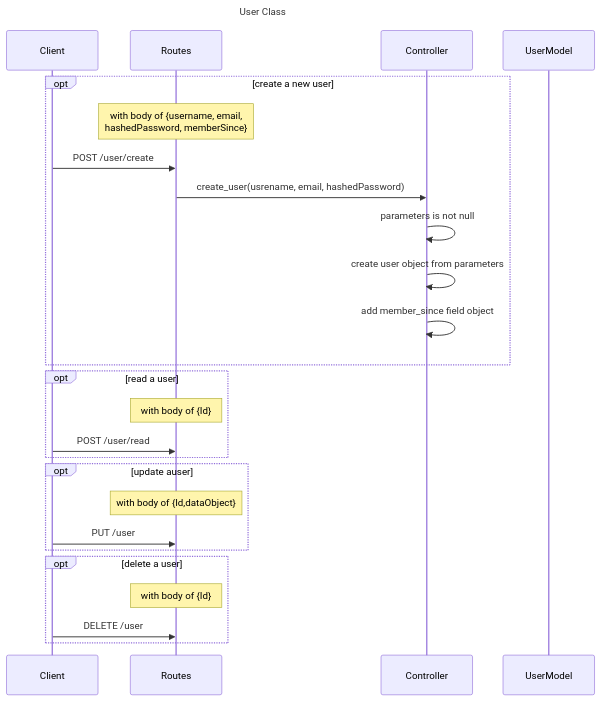
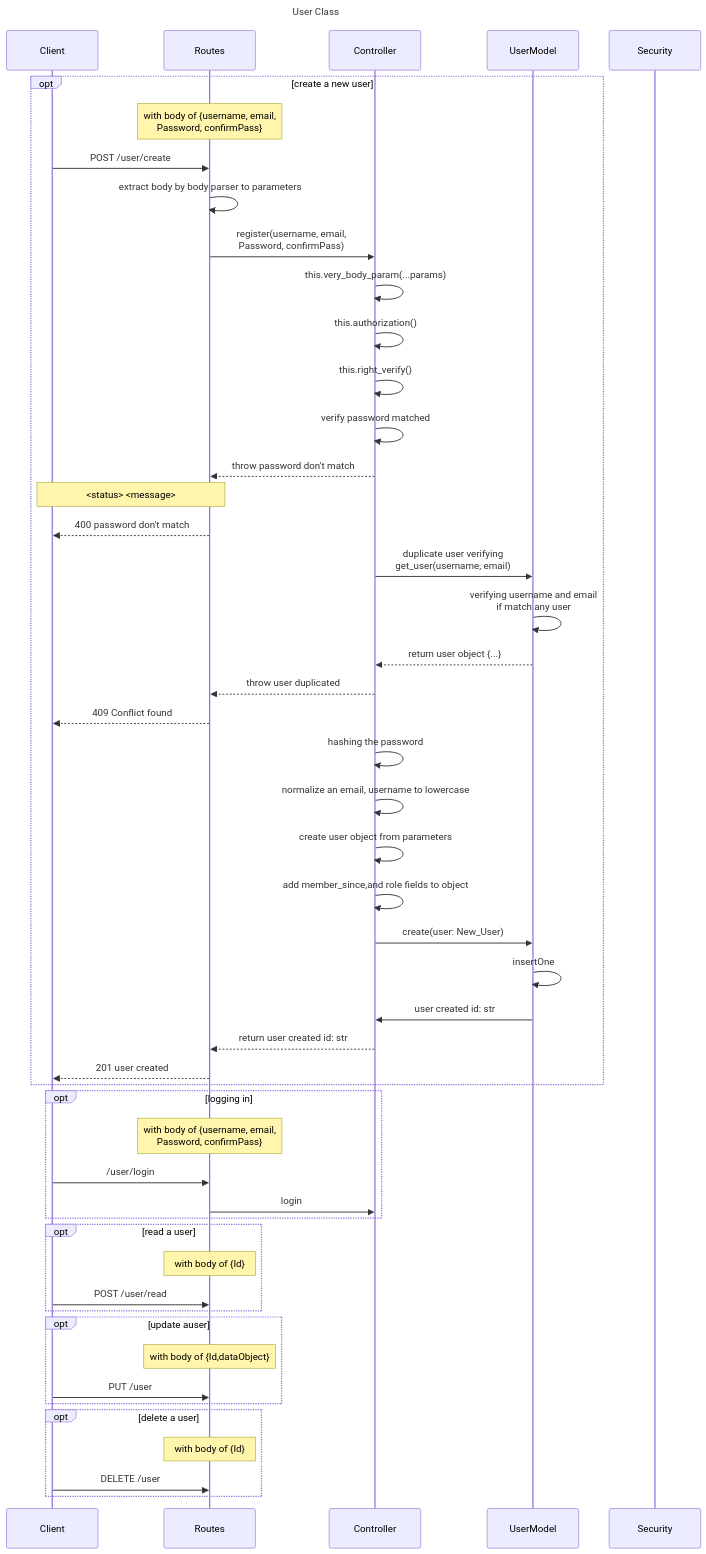
One commit to SawatKia/WealthTracking changed the diagram in design/Classes/User.mmd. Above: the diagram before and after it, drawn with Mermaid.

Commit message:
add create path to user model

```diff
--- a/design/Classes/User.mmd
+++ b/design/Classes/User.mmd
@@ -1,28 +1,53 @@
 sequenceDiagram
     title User Class
-    participant C as Client
-    participant R as Routes
-    participant Cont as Controller
-    participant User as UserModel
+    participant Client
+    participant Routes
+    participant Controller
+    participant UserModel
+    participant Security
     
 
     opt create a new user
-        Note over R: with body of {username, email,<br/>hashedPassword, memberSince}
-        C->>R: POST /user/create
-        R->>Cont: create_user(usrename, email, hashedPassword)
-        Cont->>Cont: parameters is not null
-        Cont->>Cont: create user object from parameters
-        Cont->>Cont: add member_since field object
+        Note over Routes: with body of {username, email,<br/>Password, confirmPass}
+        Client->>Routes: POST /user/create
+        Routes->>Routes: extract body by body parser to parameters
+        Routes->>Controller: register(username, email,<br>Password, confirmPass)
+        Controller->>Controller: this.very_body_param(...params)
+        Controller->>Controller: this.authorization()
+        Controller->>Controller: this.right_verify()
+        Controller->>Controller: verify password matched
+        Controller-->>Routes: throw password don't match
+        Note over Routes,Client: <status> <message>
+        Routes-->>Client: 400 password don't match 
+        Controller->>UserModel: duplicate user verifying<br>get_user(username, email)
+        UserModel->>UserModel: verifying username and email<br> if match any user
+        UserModel-->>Controller: return user object {...}
+        Controller-->>Routes: throw user duplicated
+        Routes-->>Client: 409 Conflict found
+        Controller->>Controller: hashing the password
+        Controller->>Controller: normalize an email, username to lowercase
+        Controller->>Controller: create user object from parameters
+        Controller->>Controller: add member_since,and role fields to object
+        Controller->>UserModel: create(user: New_User)
+        UserModel->>UserModel: insertOne
+        UserModel->>Controller: user created id: str
+        Controller-->>Routes: return user created id: str
+        Routes-->>Client: 201 user created
+    end
+    opt logging in
+        Note over Routes: with body of {username, email,<br/>Password, confirmPass}
+        Client->>Routes: /user/login
+        Routes->>Controller: login
     end
     opt read a user
-        Note over R: with body of {Id}
-        C->>R: POST /user/read
+        Note over Routes: with body of {Id}
+        Client->>Routes: POST /user/read
     end
     opt update auser
-        Note over R: with body of {Id,dataObject}
-        C->>R: PUT /user
+        Note over Routes: with body of {Id,dataObject}
+        Client->>Routes: PUT /user
     end
     opt delete a user
-        Note over R: with body of {Id}
-        C->>R: DELETE /user
+        Note over Routes: with body of {Id}
+        Client->>Routes: DELETE /user
     end
```
